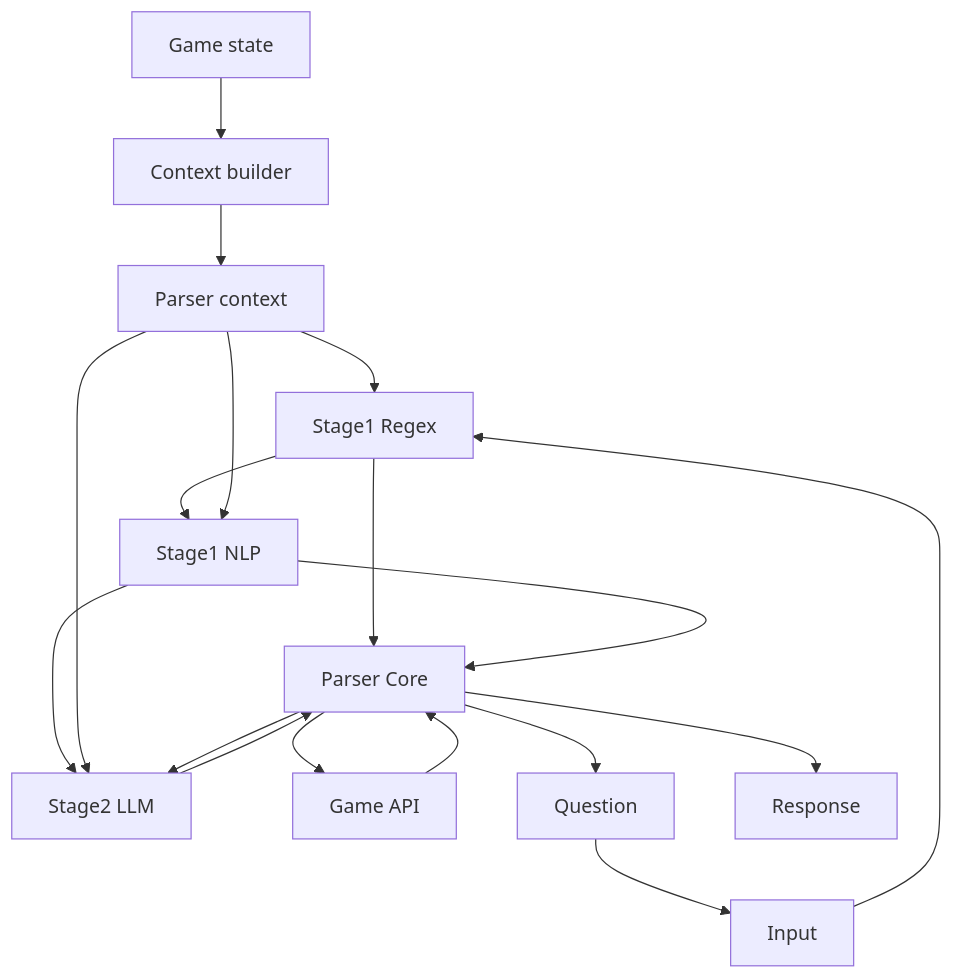
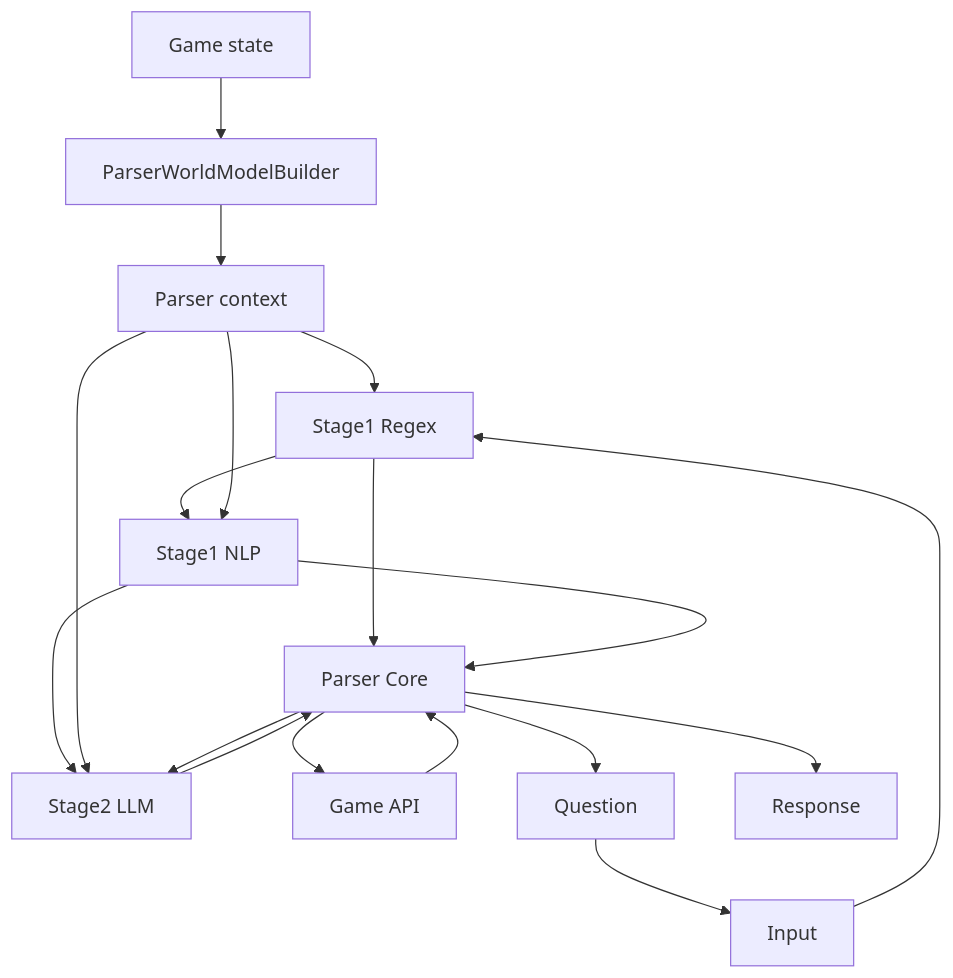
The first of 6 diagrams in Parser.md (z-hunter/Quest), drawn with Mermaid before and after one commit. The commit also changed other lines of this file, not shown here.

Commit message:
Docs: sync Parser.md with current implementation

````diff
--- a/Parser.md
+++ b/Parser.md
@@ -47,39 +47,39 @@
 ```mermaid
 flowchart TD
     GS[Game state]
-    CB[Context builder]
+    CB[ParserWorldModelBuilder]
     CTX[Parser context]
     U[Input]
     L1[Stage1 Regex]
     L2[Stage1 NLP]
     S2[Stage2 LLM]
     CORE[Parser Core]
     API[Game API]
     Q[Question]
     R[Response]
 
     GS --> CB
     CB --> CTX
 
     U --> L1
     CTX --> L1
 
     L1 --> CORE
     L1 --> L2
 
     CTX --> L2
     L2 --> CORE
     L2 --> S2
 
     CTX --> S2
     S2 --> CORE
 
     CORE --> S2
     CORE --> Q
     Q --> U
 
     CORE --> API
     API --> CORE
 
     CORE --> R
 ```
````
